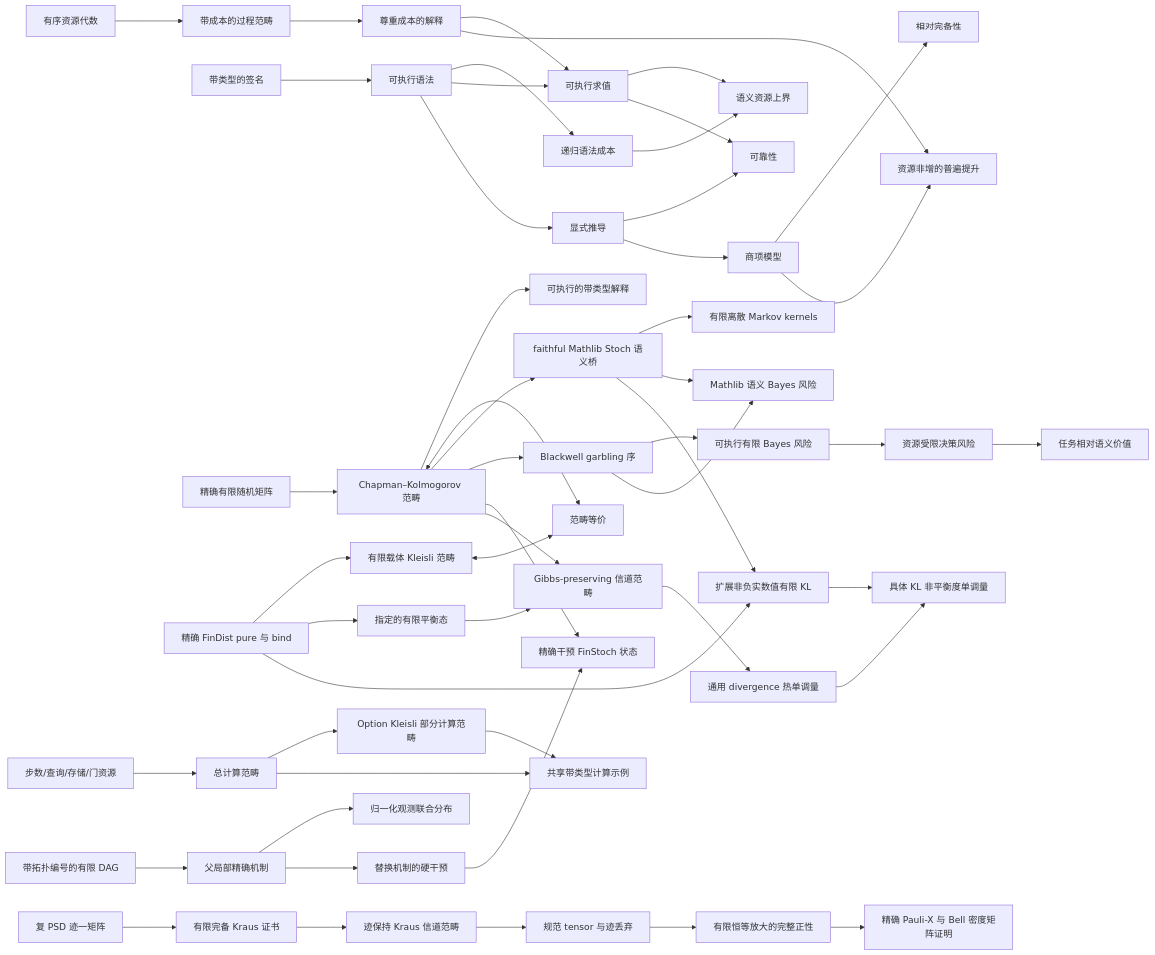
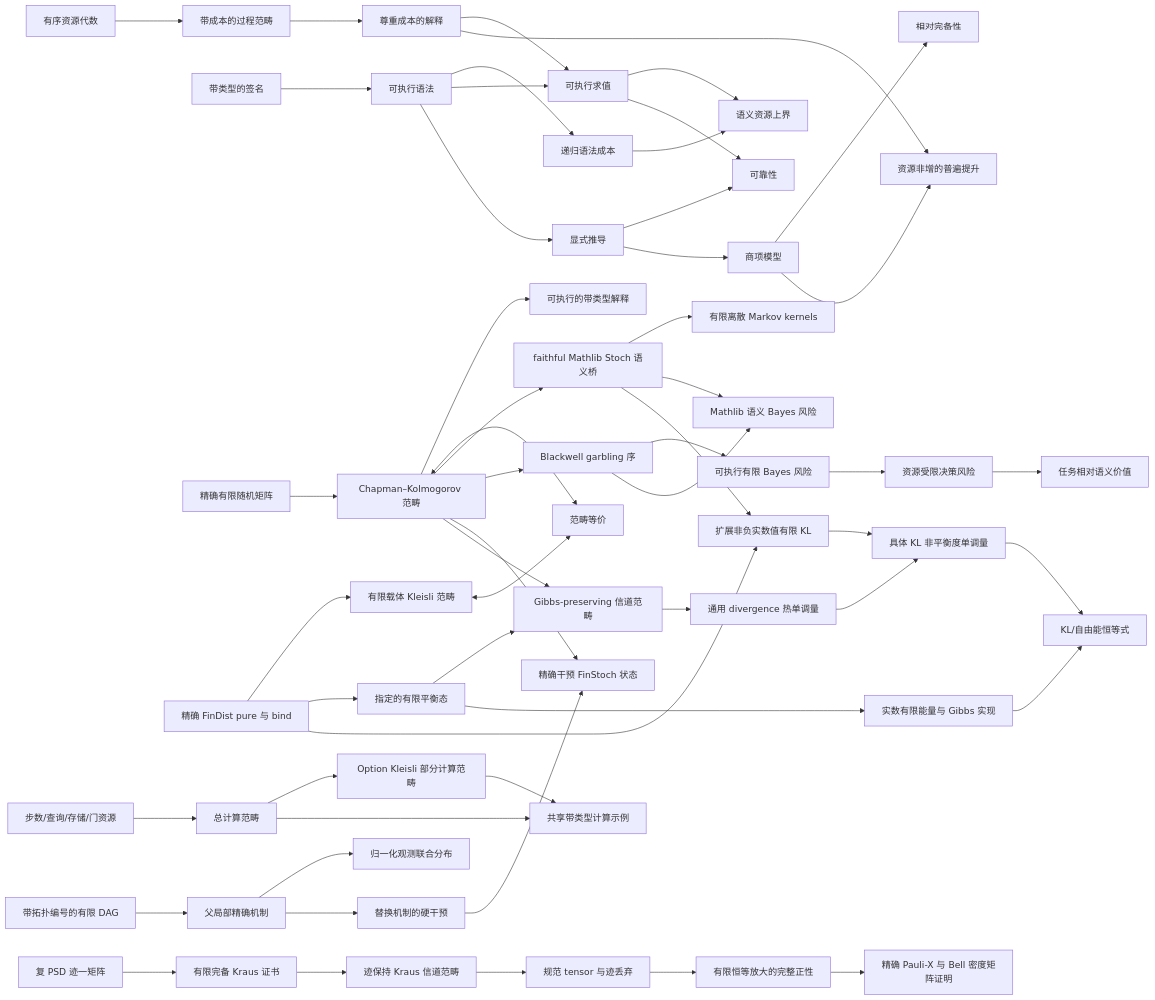
The diagram in docs/README.zh-CN.md (miuchan/ript), drawn with Mermaid before and after one commit. The commit also changed other lines of this file and 11 other files, not shown here.

````diff
--- a/docs/README.zh-CN.md
+++ b/docs/README.zh-CN.md
@@ -787,53 +810,56 @@
 ```mermaid
 flowchart LR
   R["有序资源代数"] --> C["带成本的过程范畴"]
   S["带类型的签名"] --> X["可执行语法"]
   X --> K["递归语法成本"]
   C --> I["尊重成本的解释"]
   X --> E["可执行求值"]
   I --> E
   K --> B["语义资源上界"]
   E --> B
   X --> D["显式推导"]
   D --> SO["可靠性"]
   E --> SO
   D --> T["商项模型"]
   T --> CO["相对完备性"]
   I --> U["资源非增的普遍提升"]
   T --> U
   F["精确有限随机矩阵"] --> CK["Chapman–Kolmogorov 范畴"]
   CK --> EX["可执行的带类型解释"]
   FD["精确 FinDist pure 与 bind"] --> KL["有限载体 Kleisli 范畴"]
   CK <--> EQ["范畴等价"]
   KL <--> EQ
   CK --> ST["faithful Mathlib Stoch 语义桥"]
   ST --> MT["有限离散 Markov kernels"]
   CK --> BW["Blackwell garbling 序"]
   ST --> SB["Mathlib 语义 Bayes 风险"]
   BW --> FR["可执行有限 Bayes 风险"]
   FR --> RR["资源受限决策风险"]
   RR --> SV["任务相对语义价值"]
   BW --> SB
   CR["步数/查询/存储/门资源"] --> TC["总计算范畴"]
   TC --> PC["Option Kleisli 部分计算范畴"]
   TC --> CE["共享带类型计算示例"]
   PC --> CE
   DAG["带拓扑编号的有限 DAG"] --> CM["父局部精确机制"]
   CM --> OJ["归一化观测联合分布"]
   CM --> DO["替换机制的硬干预"]
   DO --> IS["精确干预 FinStoch 状态"]
   CK --> IS
   FD --> TE["指定的有限平衡态"]
   CK --> GP["Gibbs-preserving 信道范畴"]
   TE --> GP
   GP --> TM["通用 divergence 热单调量"]
   FD --> FKL["扩展非负实数值有限 KL"]
   ST --> FKL
   FKL --> KTM["具体 KL 非平衡度单调量"]
   TM --> KTM
+  TE --> GD["实数有限能量与 Gibbs 实现"]
+  GD --> FE["KL/自由能恒等式"]
+  KTM --> FE
   QB["复 PSD 迹一矩阵"] --> QK["有限完备 Kraus 证书"]
   QK --> QC["迹保持 Kraus 信道范畴"]
   QC --> QT["规范 tensor 与迹丢弃"]
   QT --> QP["有限恒等放大的完整正性"]
   QP --> QX["精确 Pauli-X 与 Bell 密度矩阵证明"]
 ```
````
